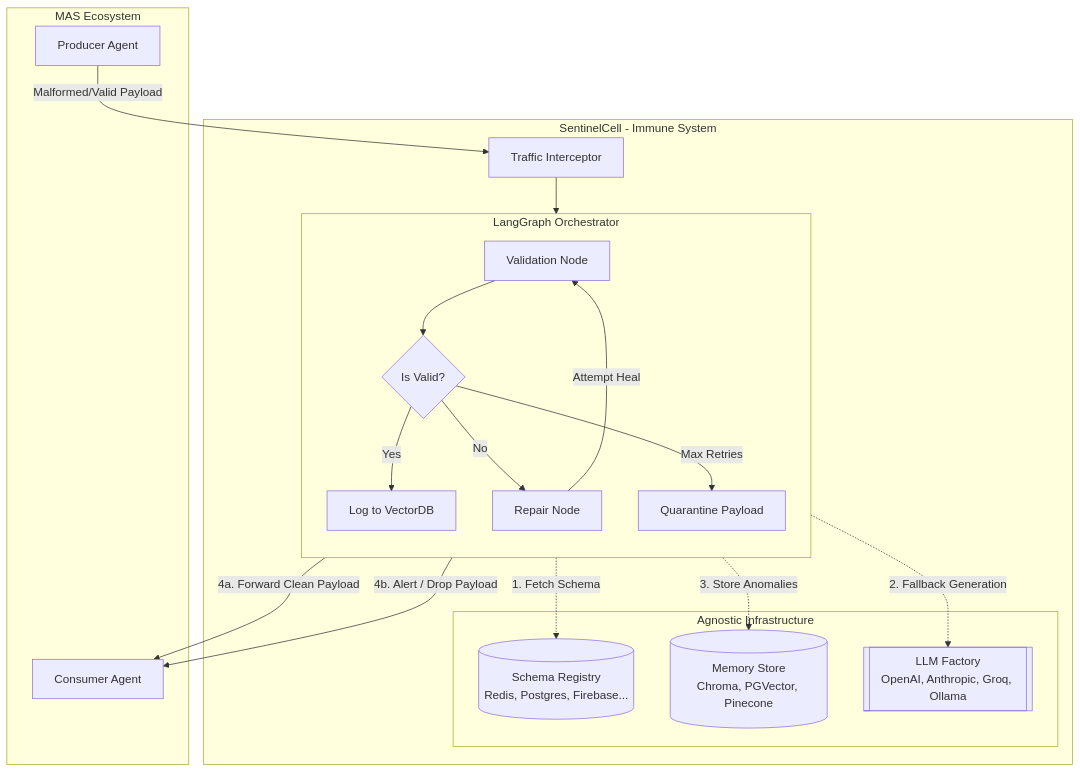
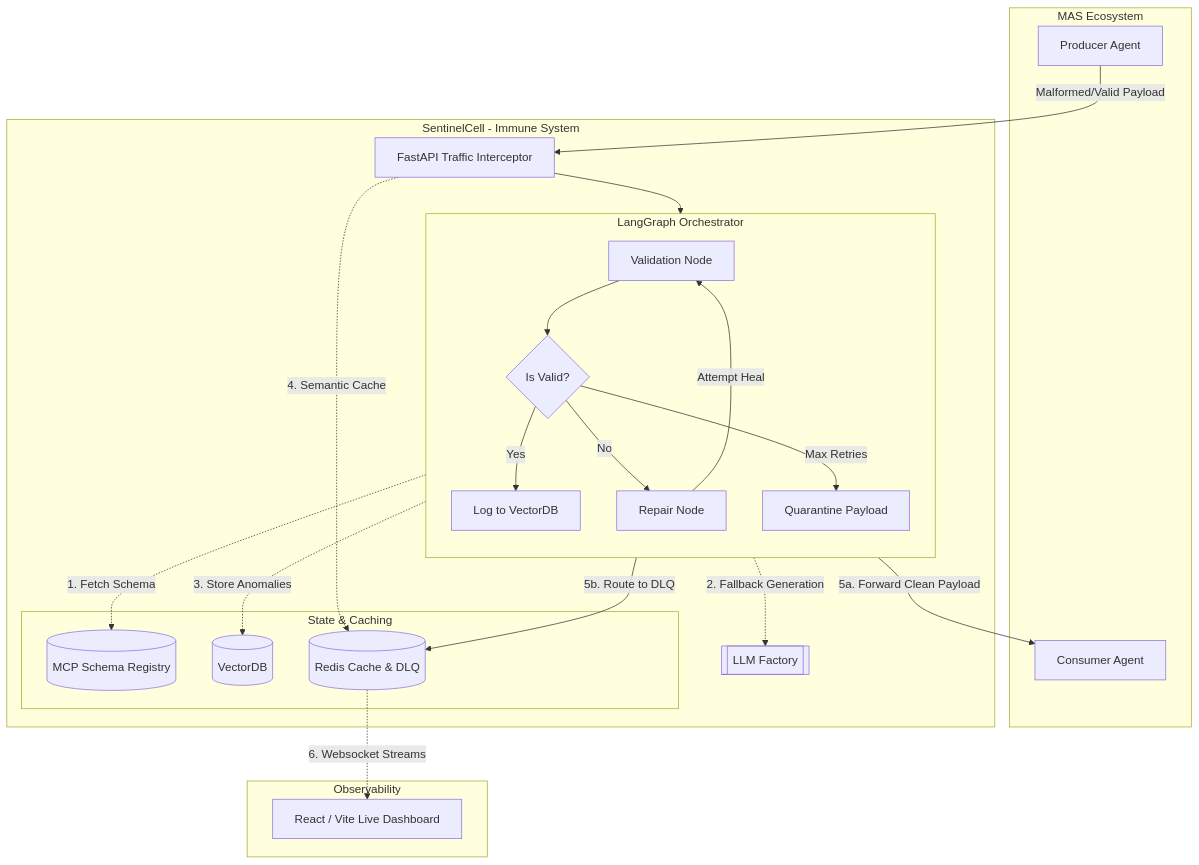
The diagram in README.md (AtaCanYmc/SentinelCell-MAS-Immune-System), drawn with Mermaid before and after one commit. The commit also changed other lines of this file and 5 other files, not shown here.

Commit message:
feat: V7 Architecture - Idempotency, State Persistence, Chaos Simulations

````diff
--- a/README.md
+++ b/README.md
@@ -39,40 +40,46 @@
 ```mermaid
 flowchart TD
     subgraph External[MAS Ecosystem]
         Producer[Producer Agent]
         Consumer[Consumer Agent]
     end
 
+    subgraph UserInterface[Observability]
+        Dashboard[React / Vite Live Dashboard]
+    end
+
     subgraph Middleware[SentinelCell - Immune System]
-        Intercept[Traffic Interceptor]
+        Intercept[FastAPI Traffic Interceptor]
 
         subgraph Orchestrator[LangGraph Orchestrator]
             direction TB
             Validate[Validation Node]
             Decide{Is Valid?}
             Repair[Repair Node]
 
             Validate --> Decide
             Decide -- Yes --> Log[Log to VectorDB]
             Decide -- No --> Repair
             Repair -- Attempt Heal --> Validate
             Decide -- Max Retries --> Quarantine[Quarantine Payload]
         end
 
-        subgraph Factories[Agnostic Infrastructure]
-            Registry[(Schema Registry\nRedis, Postgres, Firebase...)]
-            Memory[(Memory Store\nChroma, PGVector, Pinecone)]
-            LLM[[LLM Factory\nOpenAI, Anthropic, Groq, Ollama]]
+        subgraph Storage[State & Caching]
+            Registry[(MCP Schema Registry)]
+            Memory[(VectorDB)]
+            Redis[(Redis Cache & DLQ)]
         end
+
+        LLM[[LLM Factory]]
     end
 
     Producer -->|Malformed/Valid Payload| Intercept
     Intercept --> Validate
-
     Validate -.->|1. Fetch Schema| Registry
     Repair -.->|2. Fallback Generation| LLM
     Log -.->|3. Store Anomalies| Memory
-
-    Log -->|4a. Forward Clean Payload| Consumer
-    Quarantine -->|4b. Alert / Drop Payload| Consumer
+    Intercept -.->|4. Semantic Cache| Redis
+    Log -->|5a. Forward Clean Payload| Consumer
+    Quarantine -->|5b. Route to DLQ| Redis
+    Redis -.->|6. Websocket Streams| Dashboard
 ```
````
